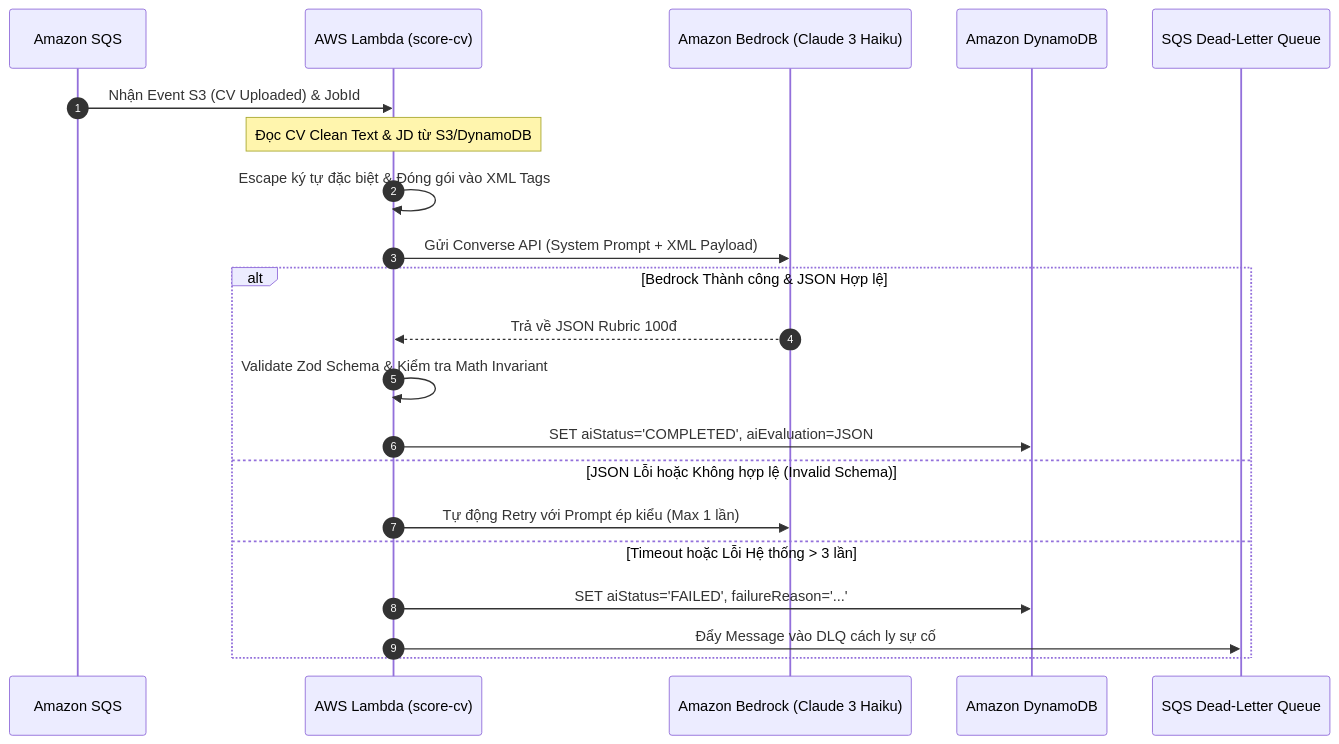
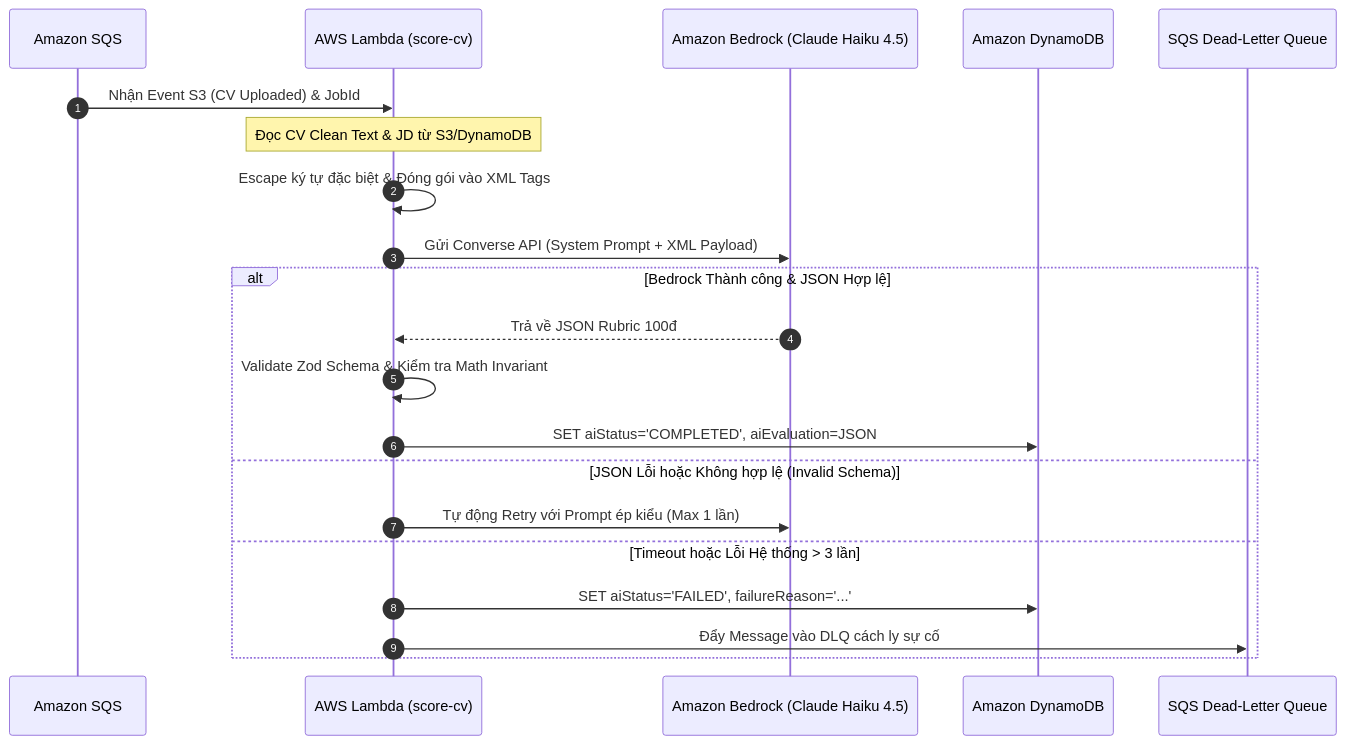
Before and after one commit to NguyenThanhTin235/aws-ai-cv-screening: the second of 2 diagrams in docs/software/08-ai-prompt-specification.md, drawn with Mermaid. The commit also changed other lines of this file and 15 other files, not shown here.

Commit message:
docs: complete Phase 0 deliverables with test plan, cost estimation, and v12.0 architecture sync

````diff
--- a/docs/software/08-ai-prompt-specification.md
+++ b/docs/software/08-ai-prompt-specification.md
@@ -33,25 +33,25 @@
 ```mermaid
 sequenceDiagram
     autonumber
     participant SQS as Amazon SQS
     participant Worker as AWS Lambda (score-cv)
-    participant Bedrock as Amazon Bedrock (Claude 3 Haiku)
+    participant Bedrock as Amazon Bedrock (Claude Haiku 4.5)
     participant DDB as Amazon DynamoDB
     participant DLQ as SQS Dead-Letter Queue
 
     SQS->>Worker: Nhận Event S3 (CV Uploaded) & JobId
     Note over Worker: Đọc CV Clean Text & JD từ S3/DynamoDB
     Worker->>Worker: Escape ký tự đặc biệt & Đóng gói vào XML Tags
     Worker->>Bedrock: Gửi Converse API (System Prompt + XML Payload)
     
     alt Bedrock Thành công & JSON Hợp lệ
         Bedrock-->>Worker: Trả về JSON Rubric 100đ
         Worker->>Worker: Validate Zod Schema & Kiểm tra Math Invariant
         Worker->>DDB: SET aiStatus='COMPLETED', aiEvaluation=JSON
     else JSON Lỗi hoặc Không hợp lệ (Invalid Schema)
         Worker->>Bedrock: Tự động Retry với Prompt ép kiểu (Max 1 lần)
     else Timeout hoặc Lỗi Hệ thống > 3 lần
         Worker->>DDB: SET aiStatus='FAILED', failureReason='...'
         Worker->>DLQ: Đẩy Message vào DLQ cách ly sự cố
     end
 ```
````
